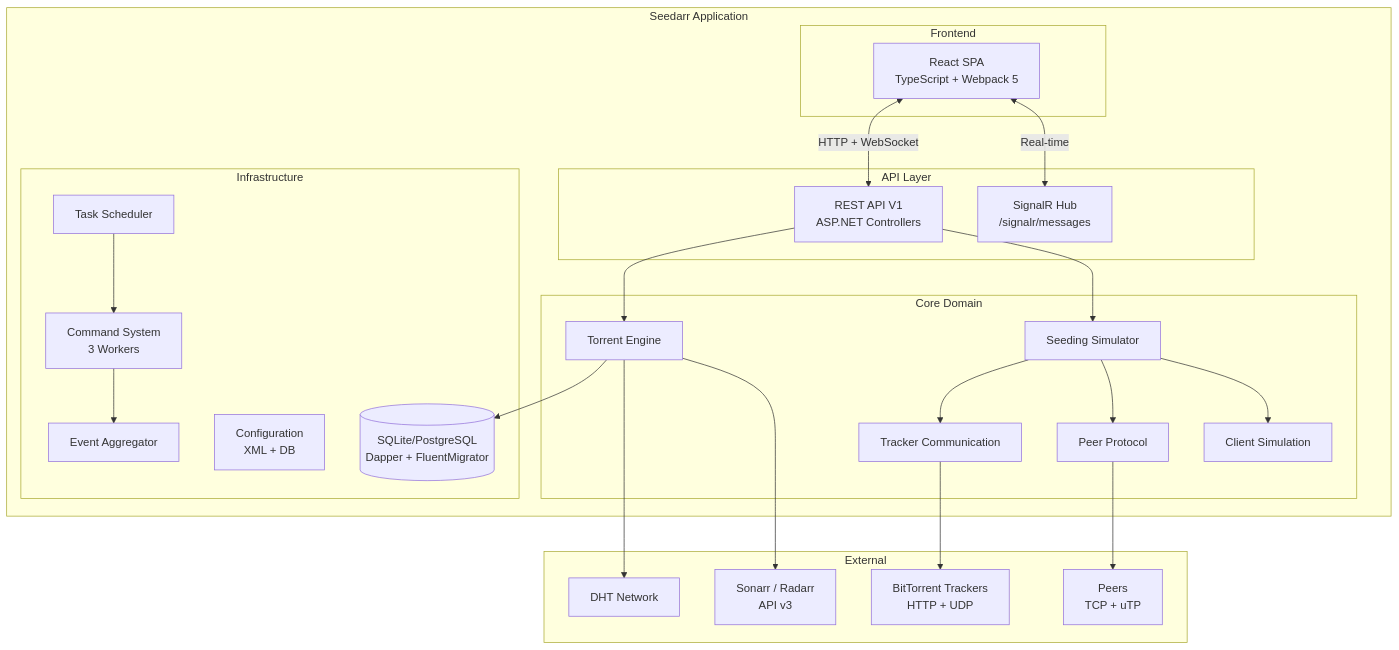
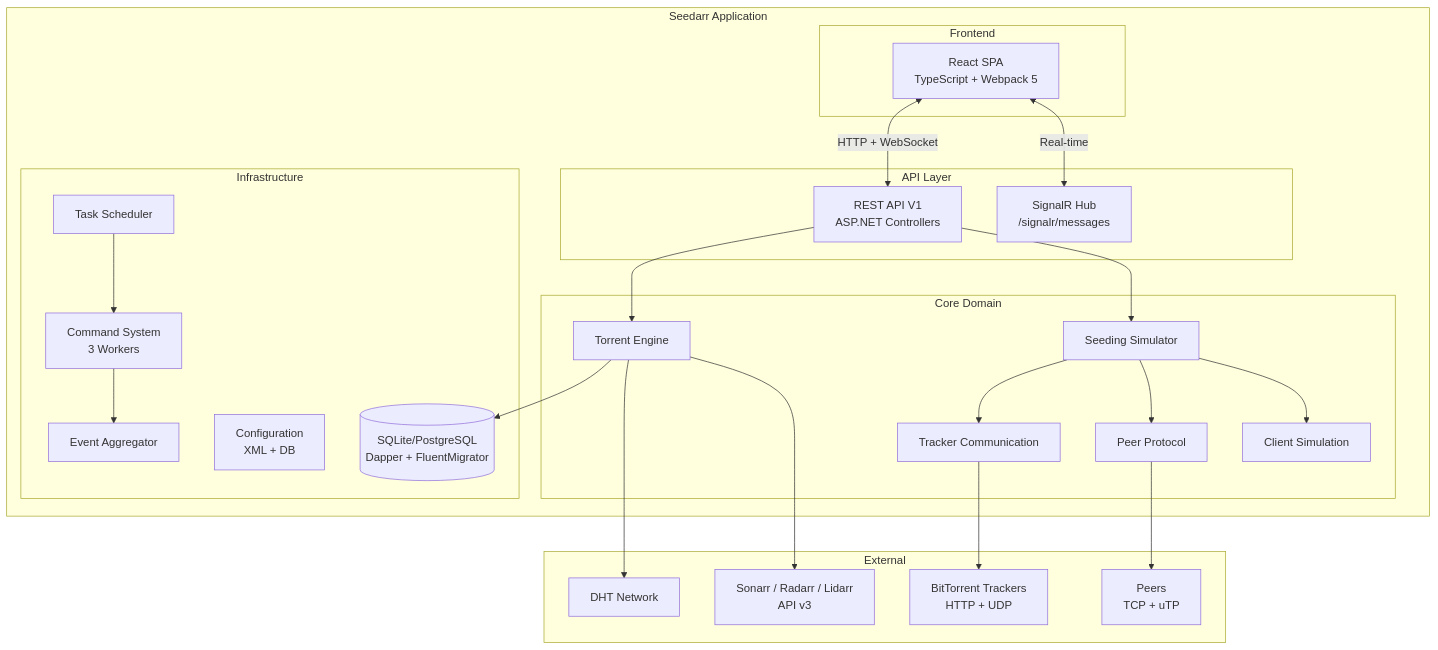
Before and after one commit to dmzoneill/Seedarr: the first of 6 diagrams in docs/architecture.md, drawn with Mermaid. The commit also changed other lines of this file and 6 other files, not shown here.

````diff
--- a/docs/architecture.md
+++ b/docs/architecture.md
@@ -7,51 +7,51 @@
 ```mermaid
 graph TB
     subgraph "Seedarr Application"
         subgraph "Frontend"
             UI[React SPA<br/>TypeScript + Webpack 5]
         end
 
         subgraph "API Layer"
             API[REST API V1<br/>ASP.NET Controllers]
             SR[SignalR Hub<br/>/signalr/messages]
         end
 
         subgraph "Core Domain"
             TE[Torrent Engine]
             SE[Seeding Simulator]
             TC[Tracker Communication]
             PP[Peer Protocol]
             SIM[Client Simulation]
         end
 
         subgraph "Infrastructure"
             DB[(SQLite/PostgreSQL<br/>Dapper + FluentMigrator)]
             CFG[Configuration<br/>XML + DB]
             CMD[Command System<br/>3 Workers]
             EVT[Event Aggregator]
             SCH[Task Scheduler]
         end
     end
 
     subgraph "External"
         TR[BitTorrent Trackers<br/>HTTP + UDP]
         PE[Peers<br/>TCP + uTP]
         DHT_NET[DHT Network]
-        ARR[Sonarr / Radarr<br/>API v3]
+        ARR[Sonarr / Radarr / Lidarr<br/>API v3]
     end
 
     UI <-->|HTTP + WebSocket| API
     UI <-->|Real-time| SR
     API --> TE
     API --> SE
     TE --> DB
     SE --> TC
     SE --> PP
     SE --> SIM
     TC --> TR
     PP --> PE
     TE --> DHT_NET
     TE --> ARR
     CMD --> EVT
     SCH --> CMD
 ```
````
